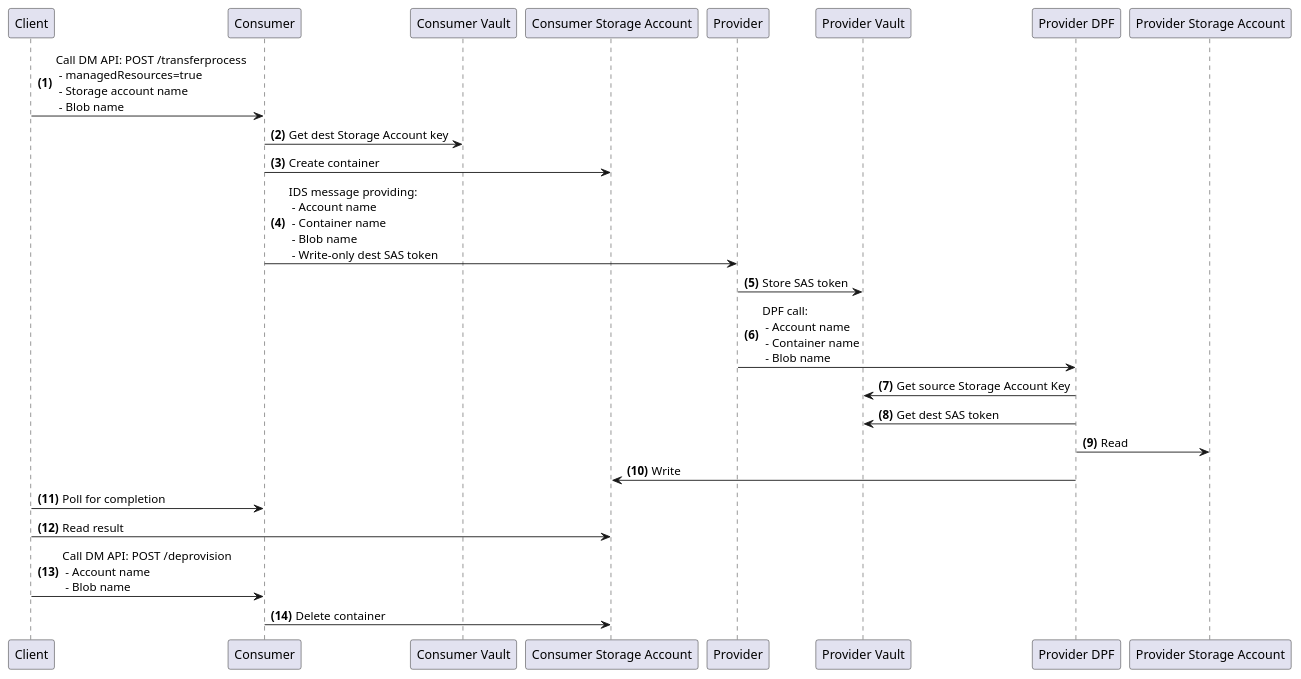
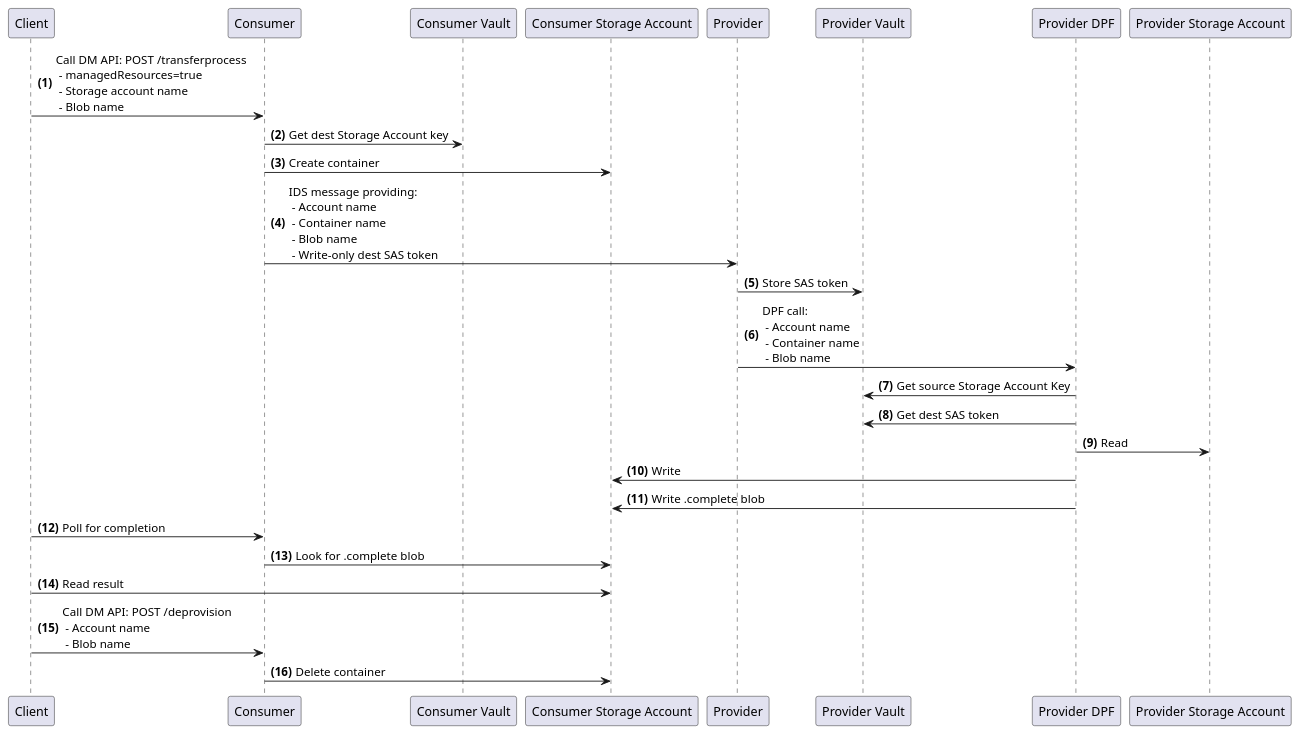
The diagram in docs/diagrams/blob-transfer.puml (agera-edc/DataSpaceConnector), drawn with PlantUML before and after one commit. The commit also changed 2 other files, not shown here.

Commit message:
Added .complete to sequence diagram.

```diff
--- a/docs/diagrams/blob-transfer.puml
+++ b/docs/diagrams/blob-transfer.puml
@@ -15,17 +15,19 @@
 @startuml
 autonumber "<b>(0)"
 Client -> Consumer: Call DM API: POST /transferprocess \n - managedResources=true\n - Storage account name \n - Blob name
 Consumer -> "Consumer Vault": Get dest Storage Account key
 Consumer -> "Consumer Storage Account": Create container
 Consumer -> Provider: IDS message providing: \n - Account name \n - Container name \n - Blob name \n - Write-only dest SAS token
 Provider -> "Provider Vault": Store SAS token
 Provider -> "Provider DPF": DPF call: \n - Account name \n - Container name \n - Blob name
 "Provider DPF" -> "Provider Vault": Get source Storage Account Key
 "Provider DPF" -> "Provider Vault": Get dest SAS token
 "Provider DPF" -> "Provider Storage Account": Read
 "Provider DPF" -> "Consumer Storage Account": Write
+"Provider DPF" -> "Consumer Storage Account": Write .complete blob
 Client -> Consumer: Poll for completion
+Consumer -> "Consumer Storage Account": Look for .complete blob
 Client -> "Consumer Storage Account": Read result
 Client -> "Consumer": Call DM API: POST /deprovision \n - Account name \n - Blob name
 Consumer -> "Consumer Storage Account": Delete container
 @enduml
```
